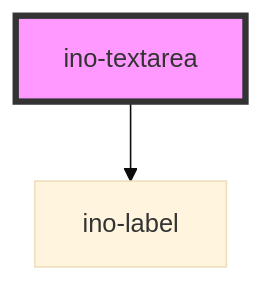
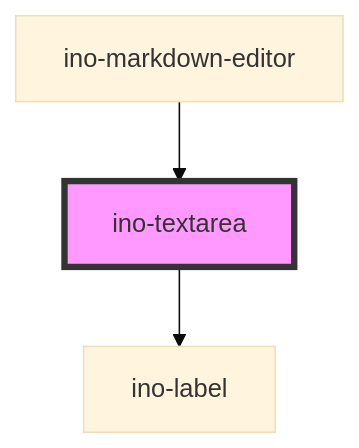
Before and after one commit to inovex/elements: the diagram in packages/elements/src/components/ino-textarea/readme.md, drawn with Mermaid (base theme). The commit also changed other lines of this file and 10 other files, not shown here.

Commit message:
feat(elements|ino-markdown-editor): continue

````diff
--- a/packages/elements/src/components/ino-textarea/readme.md
+++ b/packages/elements/src/components/ino-textarea/readme.md
@@ -180,5 +184,6 @@
 ```mermaid
 graph TD;
   ino-textarea --> ino-label
+  ino-markdown-editor --> ino-textarea
   style ino-textarea fill:#f9f,stroke:#333,stroke-width:4px
 ```
````
